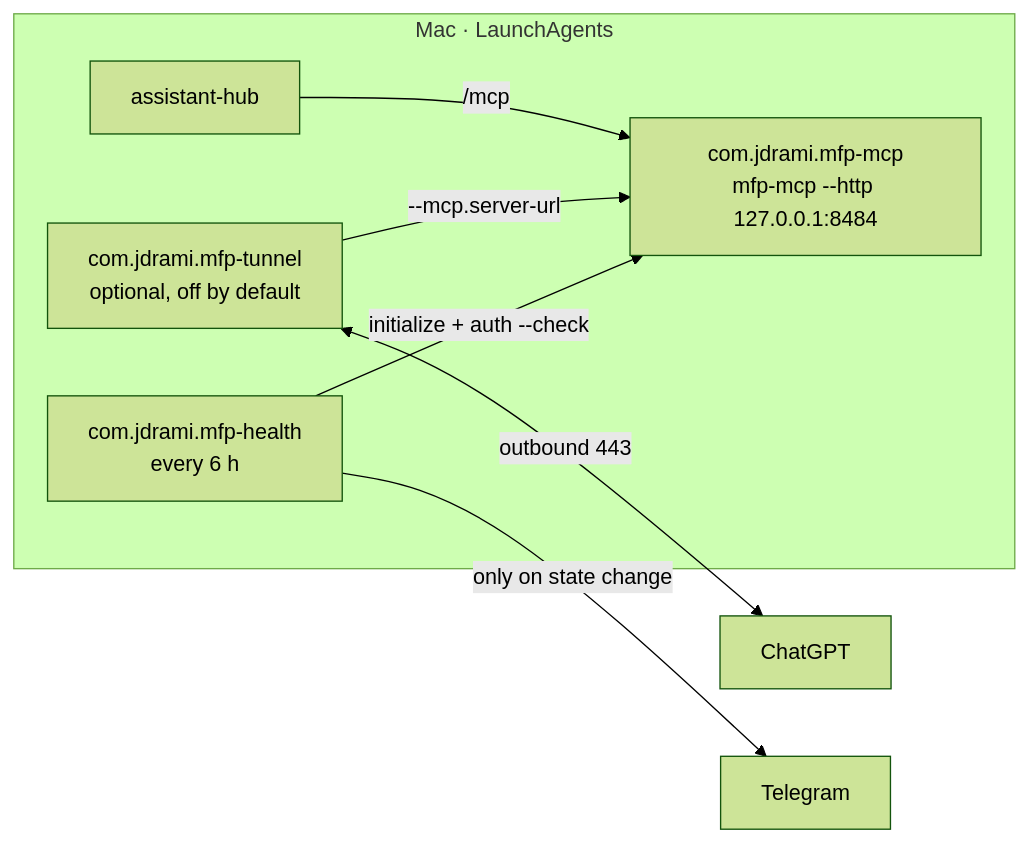
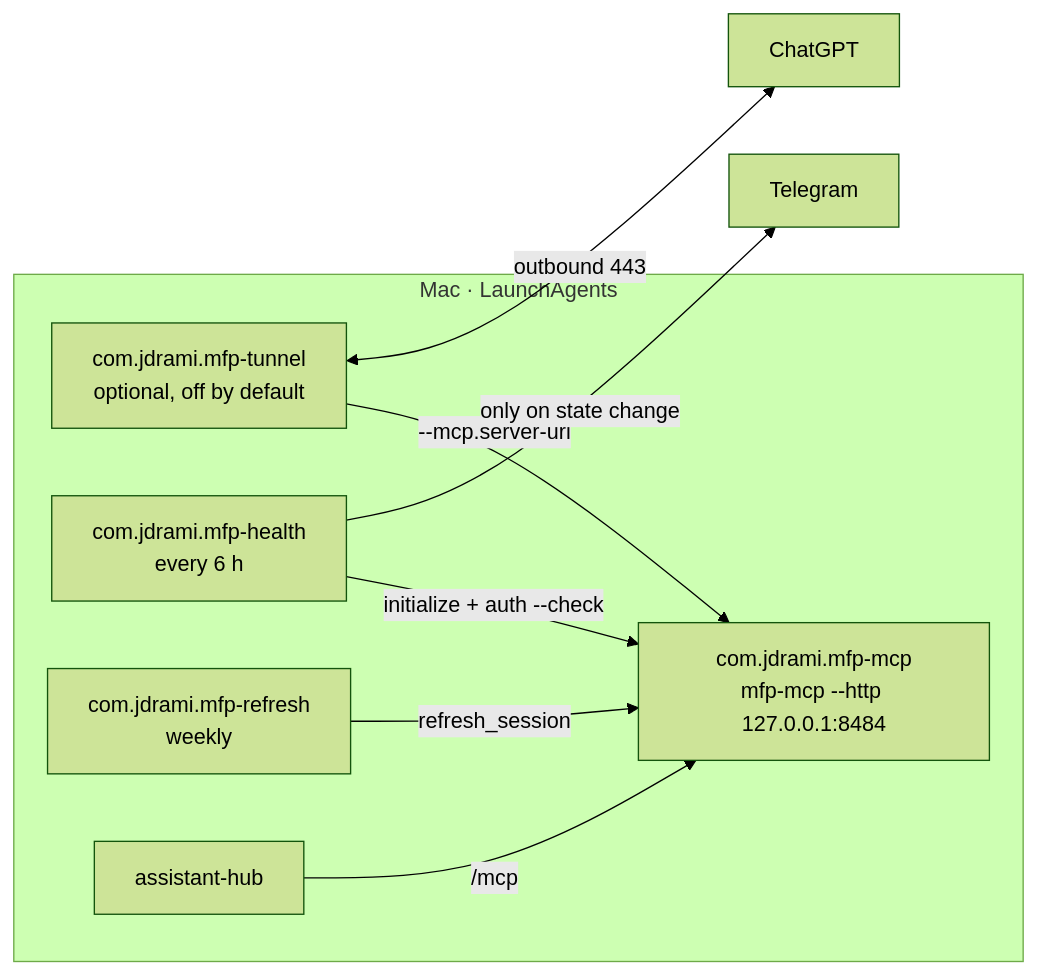
Before and after one commit to jdramirezl/mfp-weekly-sync: the diagram in README.md, drawn with Mermaid (forest theme). The commit also changed other lines of this file and 4 other files, not shown here.

````diff
--- a/README.md
+++ b/README.md
@@ -9,13 +9,15 @@
 ```mermaid
 flowchart LR
     subgraph Mac[Mac · LaunchAgents]
       M[com.jdrami.mfp-mcp<br/>mfp-mcp --http 127.0.0.1:8484]
       T[com.jdrami.mfp-tunnel<br/>optional, off by default]
       H[com.jdrami.mfp-health<br/>every 6 h]
+      R[com.jdrami.mfp-refresh<br/>weekly]
       Hub[assistant-hub] -->|/mcp| M
       T -->|--mcp.server-url| M
       H -->|initialize + auth --check| M
+      R -->|refresh_session| M
     end
     T <-->|outbound 443| ChatGPT
     H -->|only on state change| Telegram
 ```
````
